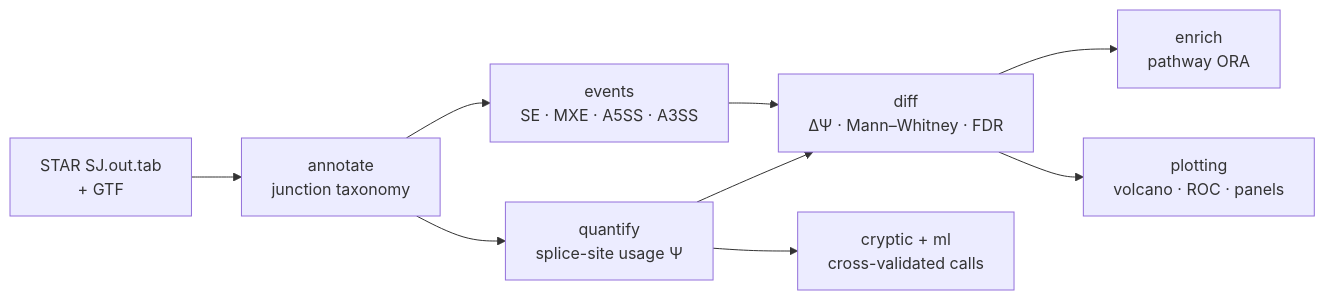
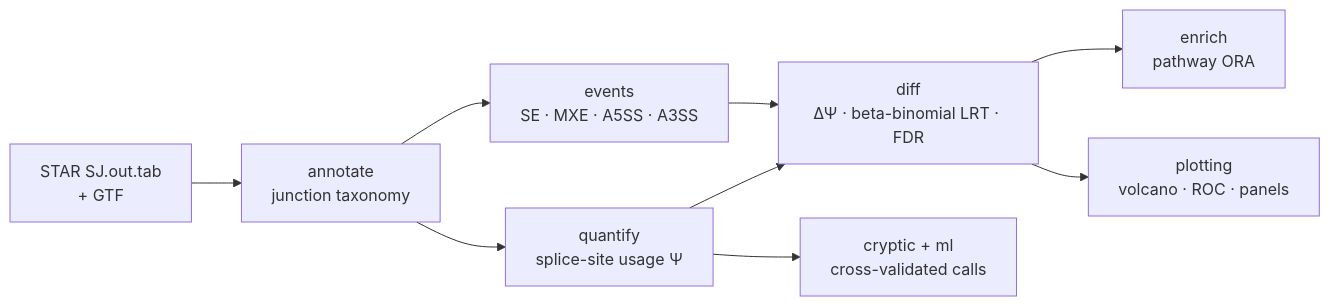
The diagram in README.md (elmasnuryilmaz/splicescope), drawn with Mermaid before and after one commit. The commit also changed other lines of this file and 20 other files, not shown here.

Commit message:
Count-based test, consequence prediction, junction-level events, NMD validation (v0.8.0)

````diff
--- a/README.md
+++ b/README.md
@@ -87,11 +96,11 @@
 ```mermaid
 flowchart LR
     A["STAR SJ.out.tab<br/>+ GTF"] --> B["annotate<br/>junction taxonomy"]
     B --> C["quantify<br/>splice-site usage Ψ"]
     B --> D["events<br/>SE · MXE · A5SS · A3SS"]
-    C --> E["diff<br/>ΔΨ · Mann–Whitney · FDR"]
+    C --> E["diff<br/>ΔΨ · beta-binomial LRT · FDR"]
     D --> E
     E --> F["enrich<br/>pathway ORA"]
     C --> G["cryptic + ml<br/>cross-validated calls"]
     E --> H["plotting<br/>volcano · ROC · panels"]
 ```
````
